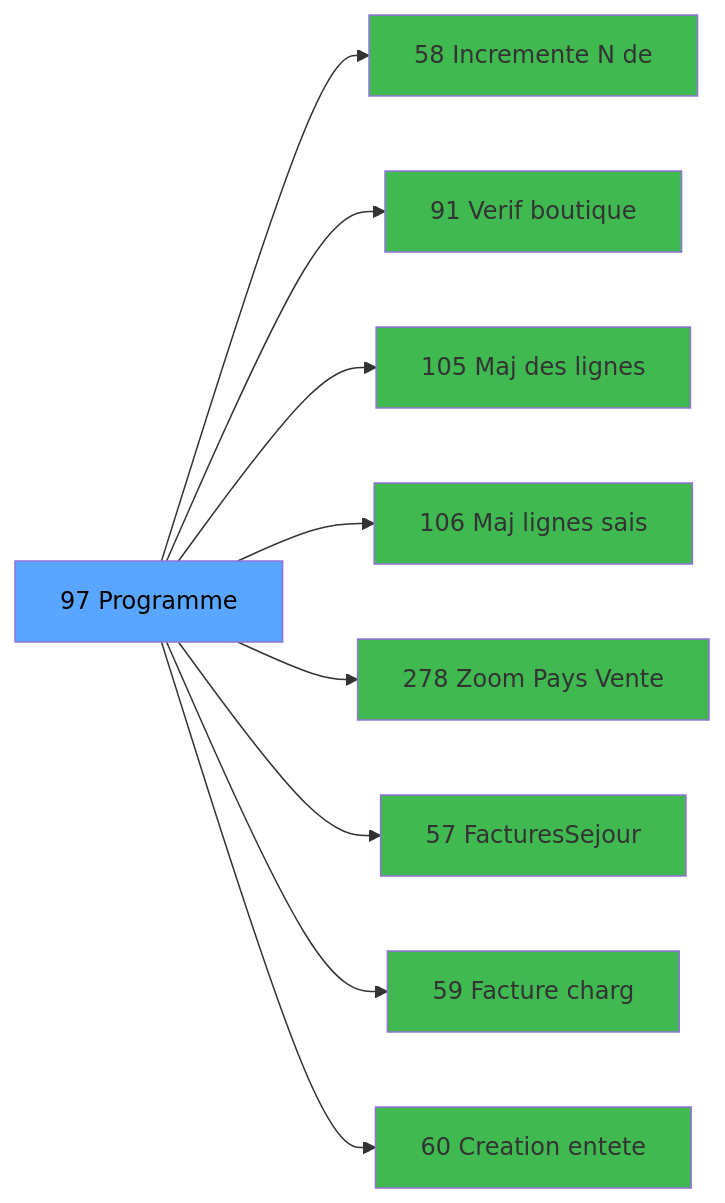
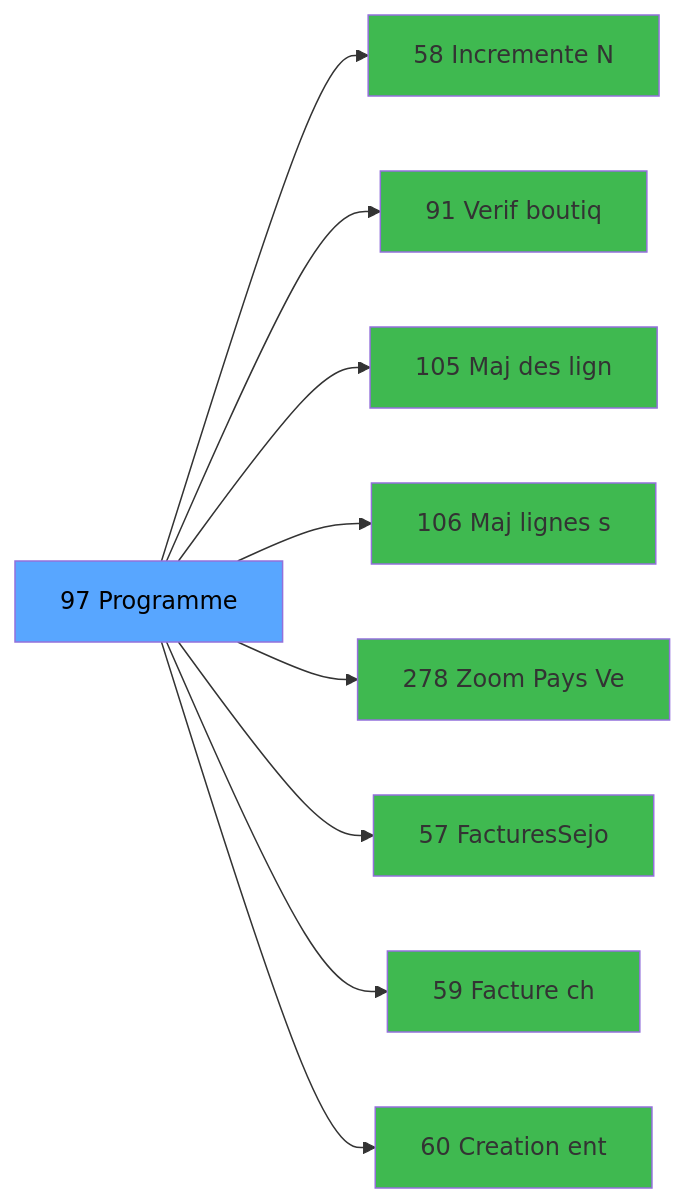
The third of 3 diagrams in .openspec/specs/ADH-IDE-97.md (thonyAGP/magic-migration), drawn with Mermaid before and after one commit. The commit also changed other lines of this file and 323 other files, not shown here.

````diff
--- a/.openspec/specs/ADH-IDE-97.md
+++ b/.openspec/specs/ADH-IDE-97.md
@@ -136,29 +174,29 @@
 ```mermaid
 graph LR
     T[97 Programme]
-    C58[58 Incremente N de]
+    C58[58 Incremente N]
     T --> C58
-    C91[91 Verif boutique]
+    C91[91 Verif boutiq]
     T --> C91
-    C105[105 Maj des lignes ]
+    C105[105 Maj des lign]
     T --> C105
-    C106[106 Maj lignes sais]
+    C106[106 Maj lignes s]
     T --> C106
-    C278[278 Zoom Pays Vente]
+    C278[278 Zoom Pays Ve]
     T --> C278
-    C57[57 FacturesSejour]
+    C57[57 FacturesSejo]
     T --> C57
-    C59[59 Facture   charg]
+    C59[59 Facture   ch]
     T --> C59
-    C60[60 Creation entete]
+    C60[60 Creation ent]
     T --> C60
     style T fill:#58a6ff,color:#000
     style C58 fill:#3fb950
     style C91 fill:#3fb950
     style C105 fill:#3fb950
     style C106 fill:#3fb950
     style C278 fill:#3fb950
     style C57 fill:#3fb950
     style C59 fill:#3fb950
     style C60 fill:#3fb950
 ```
````
